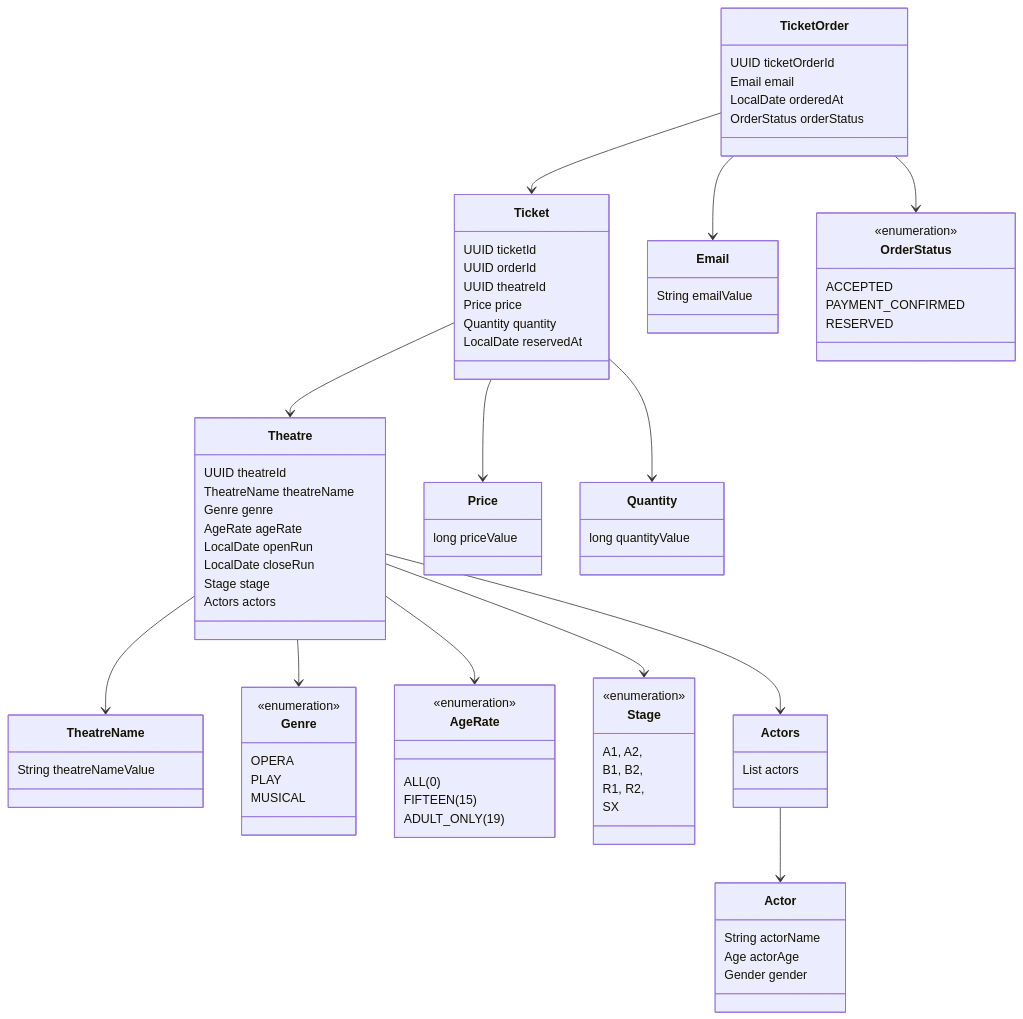
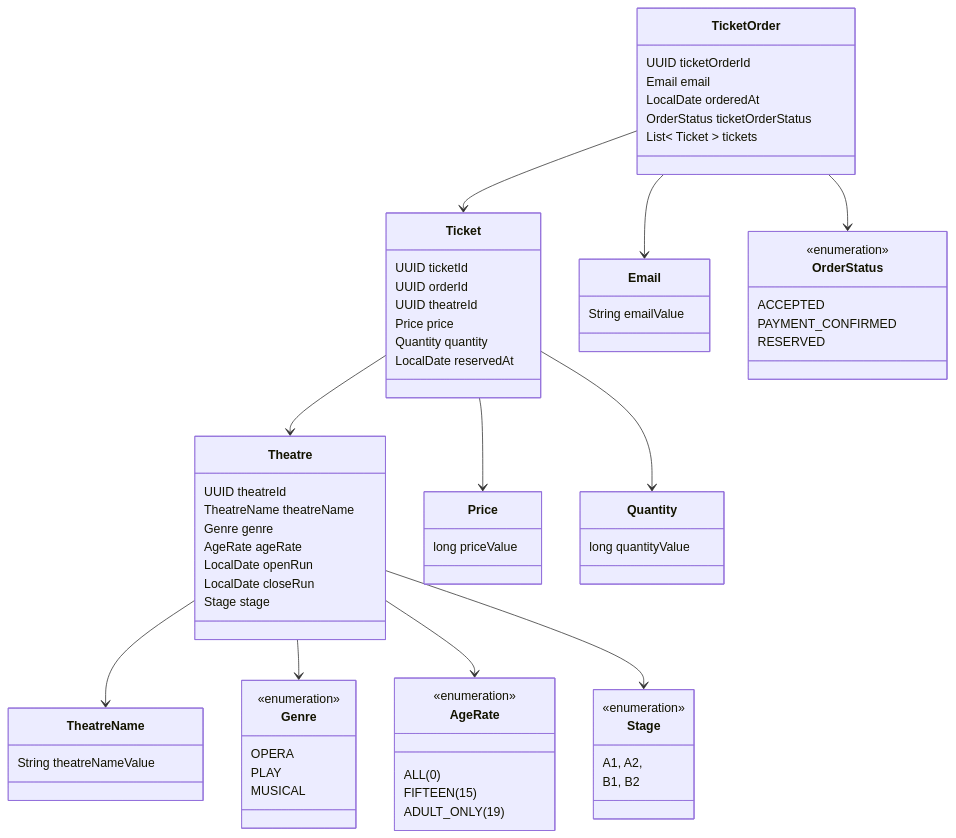
The diagram in domain_relation.mermaid (SY97P/Theatre_Manager_SpringBoot), drawn with Mermaid before and after one commit. The commit also changed 72 other files, not shown here.

Commit message:
feat: TicketOrder 구조 변경

```diff
--- a/domain_relation.mermaid
+++ b/domain_relation.mermaid
@@ -1,102 +1,89 @@
 classDiagram
 
     %% domain Theatre
     class Theatre {
         UUID theatreId
         TheatreName theatreName
         Genre genre
         AgeRate ageRate
         LocalDate openRun
         LocalDate closeRun
         Stage stage
-        Actors actors
     }
 
     class TheatreName {
         String theatreNameValue
     }
 
     class Genre {
         <<enumeration>>
         OPERA
         PLAY
         MUSICAL
     }
 
     class AgeRate {
         <<enumeration>>
         ALL(0)
         FIFTEEN(15)
         ADULT_ONLY(19)
     }
 
     class Stage {
         <<enumeration>>
         A1, A2,
-        B1, B2,
-        R1, R2,
-        SX
+        B1, B2
     }
-
-    class Actors {
-        List<Actor> actors
-    }
-    class Actor {
-        String actorName
-        Age actorAge
-        Gender gender
-    }
-    Actors --> Actor
 
     Theatre --> TheatreName
     Theatre --> Genre
     Theatre --> AgeRate
     Theatre --> Stage
-    Theatre --> Actors
 
     %% domain Ticket
     class Ticket {
         UUID ticketId
         UUID orderId
         UUID theatreId
         Price price
         Quantity quantity
         LocalDate reservedAt
     }
 
     class Price {
         long priceValue
     }
 
     class Quantity {
         long quantityValue
     }
 
     Ticket --> Price
     Ticket --> Quantity
 
     %% domain TicketOrder
     class TicketOrder {
         UUID ticketOrderId
         Email email
         LocalDate orderedAt
-        OrderStatus orderStatus
+        OrderStatus ticketOrderStatus
+        List< Ticket > tickets
     }
 
     class Email {
         String emailValue
     }
 
     class OrderStatus {
         <<enumeration>>
         ACCEPTED
         PAYMENT_CONFIRMED
         RESERVED
     }
 
     TicketOrder --> Email
     TicketOrder --> OrderStatus
 
     TicketOrder --> Ticket
 
     Ticket --> Theatre
```
